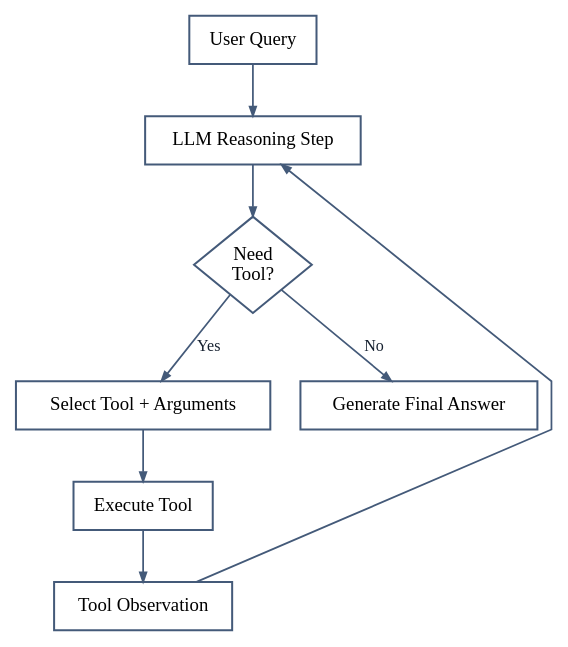
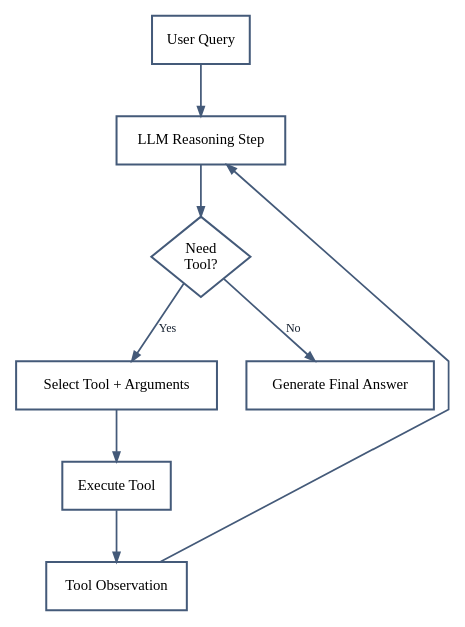
Before and after one commit to quiznat/tot-hf-survey-artifacts: the diagram in assets/diagram_tool_flow.dot, drawn with Graphviz. The commit also changed 15 other files, not shown here.

Commit message:
Phase1: normalize diagram typography to manuscript scale

```diff
--- a/assets/diagram_tool_flow.dot
+++ b/assets/diagram_tool_flow.dot
@@ -1,21 +1,21 @@
 digraph G {
   graph [bgcolor="#ffffff", pad="0.06", nodesep="0.34", ranksep="0.50", splines="polyline", fontname="Times-Roman", fontcolor="#162130", margin="0.02", rankdir="TB", ranksep="0.52", nodesep="0.30"];
-  node [shape="box", style="filled", fillcolor="#ffffff", color="#445a79", penwidth="1.5", fontname="Times-Roman", fontsize="14", margin="0.08,0.06"];
-  edge [color="#445a79", penwidth="1.3", arrowsize="0.70", fontname="Times-Roman", fontsize="12", fontcolor="#162130"];
+  node [shape="box", style="filled", fillcolor="#ffffff", color="#445a79", penwidth="1.5", fontname="Times-Roman", fontsize="11", margin="0.06,0.05"];
+  edge [color="#445a79", penwidth="1.3", arrowsize="0.70", fontname="Times-Roman", fontsize="9", fontcolor="#162130"];
 
   query [label="User Query"];
   reason [label="LLM Reasoning Step"];
-  need [shape="diamond", style="filled", fillcolor="#ffffff", color="#445a79", penwidth="1.5", fontname="Times-Roman", fontsize="14", margin="0.04,0.04", label="Need\nTool?"];
+  need [shape="diamond", style="filled", fillcolor="#ffffff", color="#445a79", penwidth="1.5", fontname="Times-Roman", fontsize="11", margin="0.04,0.04", label="Need\nTool?"];
   select [label="Select Tool + Arguments"];
   execute [label="Execute Tool"];
   observe [label="Tool Observation"];
   answer [label="Generate Final Answer"];
 
   query -> reason -> need;
   need -> select [label="Yes"];
   need -> answer [label="No"];
   select -> execute -> observe;
   observe -> reason [constraint=false];
 
   { rank=same; select; answer }
 }
```
